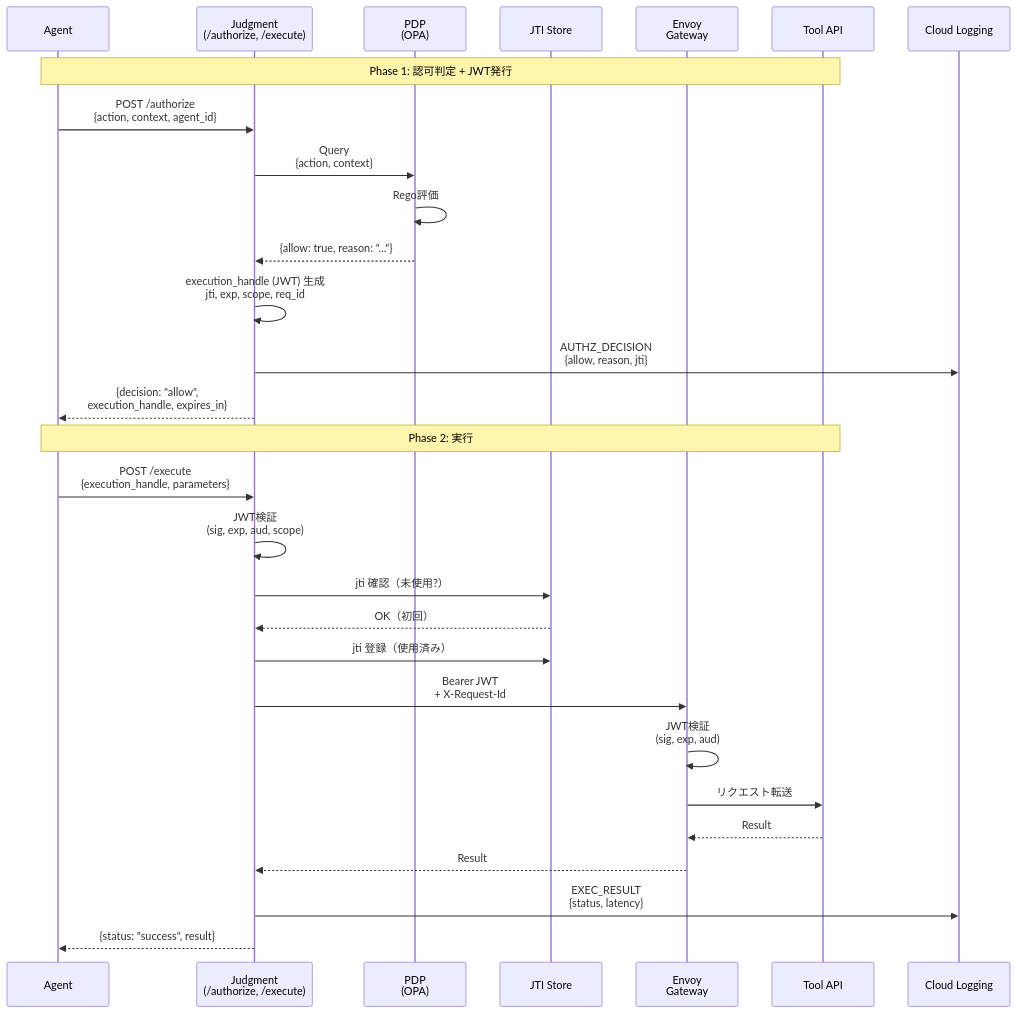
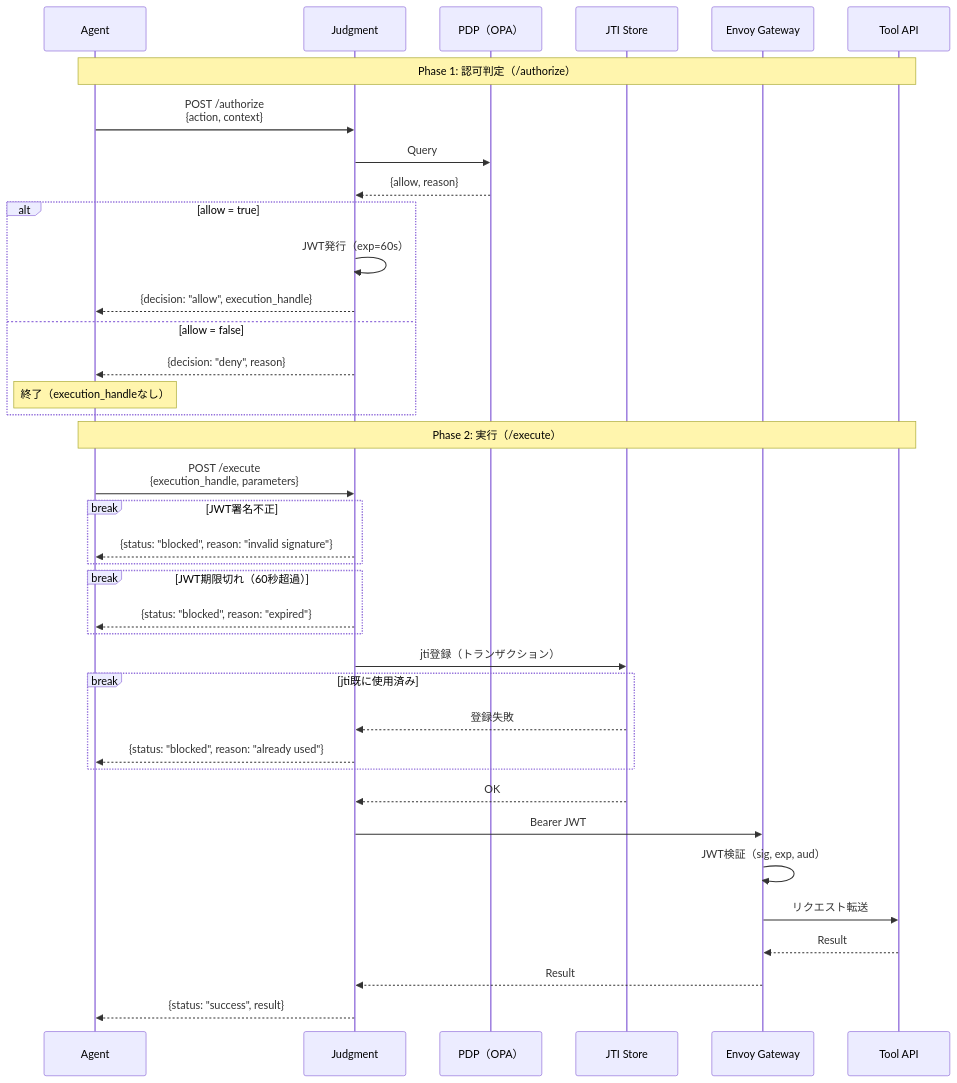
The second of 2 diagrams in docs/01-plan/04-judgment-enhancement-plan.md (appmth/action-gated-authorization-poc), drawn with Mermaid before and after one commit. The commit also changed other lines of this file and 6 other files, not shown here.

Commit message:
feat: implement 2-step authorization with JWT and structural enforcement (Envoy Gateway)

````diff
--- a/docs/01-plan/04-judgment-enhancement-plan.md
+++ b/docs/01-plan/04-judgment-enhancement-plan.md
@@ -122,35 +145,50 @@
 ```mermaid
 sequenceDiagram
     participant Agent
-    participant Judgment as Judgment<br/>(/authorize, /execute)
-    participant PDP as PDP<br/>(OPA)
+    participant Judgment as Judgment
+    participant PDP as PDP（OPA）
     participant JTI as JTI Store
-    participant Envoy as Envoy<br/>Gateway
+    participant Envoy as Envoy Gateway
     participant Tool as Tool API
-    participant Log as Cloud Logging
 
-    Note over Agent,Tool: Phase 1: 認可判定 + JWT発行
+    Note over Agent,Tool: Phase 1: 認可判定（/authorize）
 
-    Agent->>Judgment: POST /authorize<br/>{action, context, agent_id}
-    Judgment->>PDP: Query<br/>{action, context}
-    PDP->>PDP: Rego評価
-    PDP-->>Judgment: {allow: true, reason: "..."}
-    Judgment->>Judgment: execution_handle (JWT) 生成<br/>jti, exp, scope, req_id
-    Judgment->>Log: AUTHZ_DECISION<br/>{allow, reason, jti}
-    Judgment-->>Agent: {decision: "allow",<br/>execution_handle, expires_in}
+    Agent->>Judgment: POST /authorize<br/>{action, context}
+    Judgment->>PDP: Query
+    PDP-->>Judgment: {allow, reason}
 
-    Note over Agent,Tool: Phase 2: 実行
+    alt allow = true
+        Judgment->>Judgment: JWT発行（exp=60s）
+        Judgment-->>Agent: {decision: "allow", execution_handle}
+    else allow = false
+        Judgment-->>Agent: {decision: "deny", reason}
+        Note over Agent: 終了（execution_handleなし）
+    end
+
+    Note over Agent,Tool: Phase 2: 実行（/execute）
 
     Agent->>Judgment: POST /execute<br/>{execution_handle, parameters}
-    Judgment->>Judgment: JWT検証<br/>(sig, exp, aud, scope)
-    Judgment->>JTI: jti 確認（未使用?）
-    JTI-->>Judgment: OK（初回）
-    Judgment->>JTI: jti 登録（使用済み）
-    Judgment->>Envoy: Bearer JWT<br/>+ X-Request-Id
-    Envoy->>Envoy: JWT検証<br/>(sig, exp, aud)
+
+    break JWT署名不正
+        Judgment-->>Agent: {status: "blocked", reason: "invalid signature"}
+    end
+
+    break JWT期限切れ（60秒超過）
+        Judgment-->>Agent: {status: "blocked", reason: "expired"}
+    end
+
+    Judgment->>JTI: jti登録（トランザクション）
+
+    break jti既に使用済み
+        JTI-->>Judgment: 登録失敗
+        Judgment-->>Agent: {status: "blocked", reason: "already used"}
+    end
+
+    JTI-->>Judgment: OK
+    Judgment->>Envoy: Bearer JWT
+    Envoy->>Envoy: JWT検証（sig, exp, aud）
     Envoy->>Tool: リクエスト転送
     Tool-->>Envoy: Result
     Envoy-->>Judgment: Result
-    Judgment->>Log: EXEC_RESULT<br/>{status, latency}
     Judgment-->>Agent: {status: "success", result}
 ```
````
